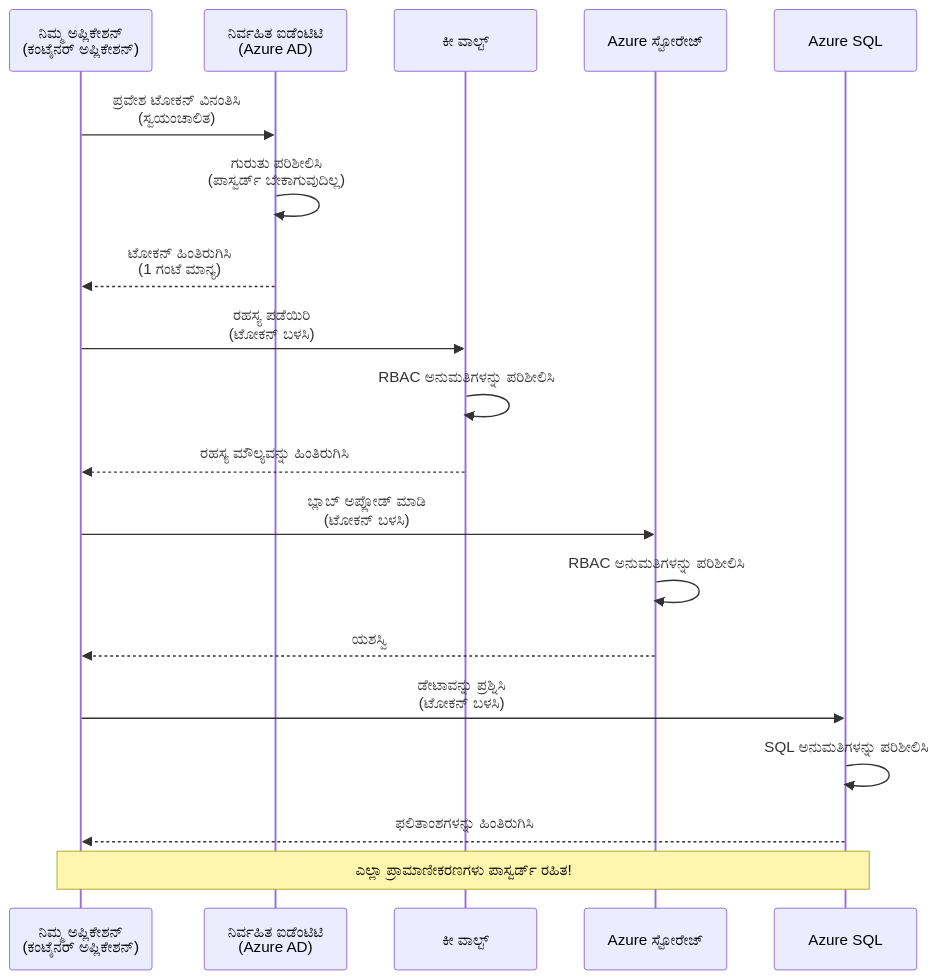
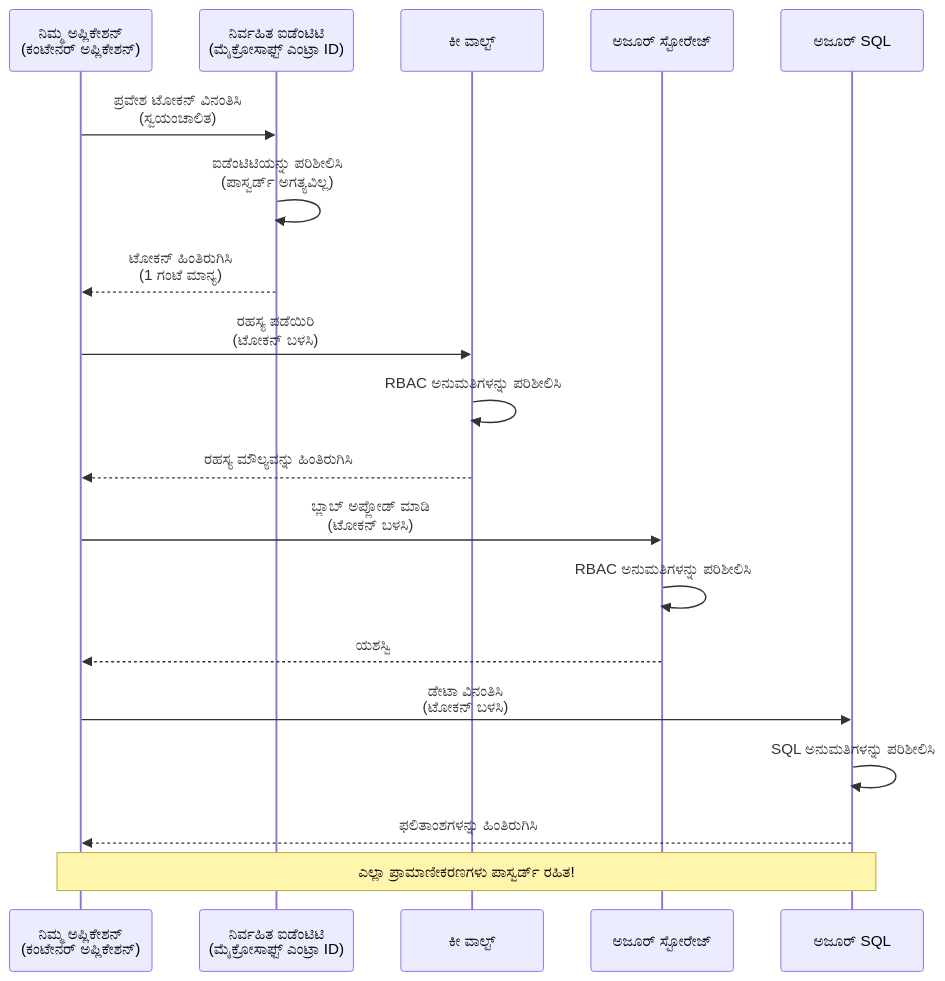
The first of 2 diagrams in translations/kn/docs/chapter-03-configuration/authsecurity.md (microsoft/AZD-for-beginners), drawn with Mermaid before and after one commit. The commit also changed other lines of this file and 104 other files, not shown here.

````diff
--- a/translations/kn/docs/chapter-03-configuration/authsecurity.md
+++ b/translations/kn/docs/chapter-03-configuration/authsecurity.md
@@ -69,26 +69,26 @@
 ```mermaid
 sequenceDiagram
-    participant App as ನಿಮ್ಮ ಅಪ್ಲಿಕೇಶನ್<br/>(ಕಂಟೈನರ್ ಅಪ್ಲಿಕೇಶನ್)
-    participant MI as ನಿರ್ವಹಿತ ಐಡೆಂಟಿಟಿ<br/>(Azure AD)
+    participant App as ನಿಮ್ಮ ಅಪ್ಲಿಕೇಶನ್<br/>(ಕಂಟೇನರ್ ಅಪ್ಲಿಕೇಶನ್)
+    participant MI as ನಿರ್ವಹಿತ ಐಡೆಂಟಿಟಿ<br/>(ಮೈಕ್ರೋಸಾಫ್ಟ್ ಎಂಟ್ರಾ ID)
     participant KV as ಕೀ ವಾಲ್ಟ್
-    participant Storage as Azure ಸ್ಟೋರೇಜ್
-    participant DB as Azure SQL
+    participant Storage as ಅಜೂರ್ ಸ್ಟೋರೇಜ್
+    participant DB as ಅಜೂರ್ SQL
     
     App->>MI: ಪ್ರವೇಶ ಟೋಕನ್ ವಿನಂತಿಸಿ<br/>(ಸ್ವಯಂಚಾಲಿತ)
-    MI->>MI: ಗುರುತು ಪರಿಶೀಲಿಸಿ<br/>(ಪಾಸ್ವರ್ಡ್ ಬೇಕಾಗುವುದಿಲ್ಲ)
+    MI->>MI: ಐಡೆಂಟಿಟಿಯನ್ನು ಪರಿಶೀಲಿಸಿ<br/>(ಪಾಸ್ವರ್ಡ್ ಅಗತ್ಯವಿಲ್ಲ)
     MI-->>App: ಟೋಕನ್ ಹಿಂತಿರುಗಿಸಿ<br/>(1 ಗಂಟೆ ಮಾನ್ಯ)
     
     App->>KV: ರಹಸ್ಯ ಪಡೆಯಿರಿ<br/>(ಟೋಕನ್ ಬಳಸಿ)
     KV->>KV: RBAC ಅನುಮತಿಗಳನ್ನು ಪರಿಶೀಲಿಸಿ
     KV-->>App: ರಹಸ್ಯ ಮೌಲ್ಯವನ್ನು ಹಿಂತಿರುಗಿಸಿ
     
     App->>Storage: ಬ್ಲಾಬ್ ಅಪ್ಲೋಡ್ ಮಾಡಿ<br/>(ಟೋಕನ್ ಬಳಸಿ)
     Storage->>Storage: RBAC ಅನುಮತಿಗಳನ್ನು ಪರಿಶೀಲಿಸಿ
     Storage-->>App: ಯಶಸ್ವಿ
     
-    App->>DB: ಡೇಟಾವನ್ನು ಪ್ರಶ್ನಿಸಿ<br/>(ಟೋಕನ್ ಬಳಸಿ)
+    App->>DB: ಡೇಟಾ ವಿನಂತಿಸಿ<br/>(ಟೋಕನ್ ಬಳಸಿ)
     DB->>DB: SQL ಅನುಮತಿಗಳನ್ನು ಪರಿಶೀಲಿಸಿ
     DB-->>App: ಫಲಿತಾಂಶಗಳನ್ನು ಹಿಂತಿರುಗಿಸಿ
     
     Note over App,DB: ಎಲ್ಲಾ ಪ್ರಾಮಾಣೀಕರಣಗಳು ಪಾಸ್ವರ್ಡ್ ರಹಿತ!
 ```
````
